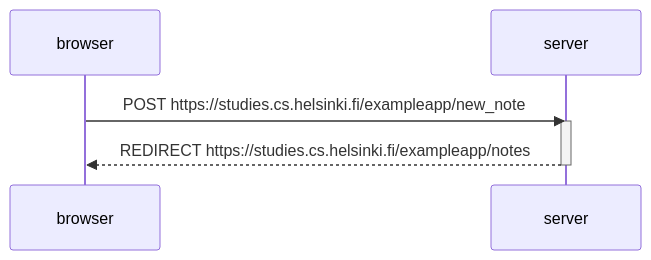
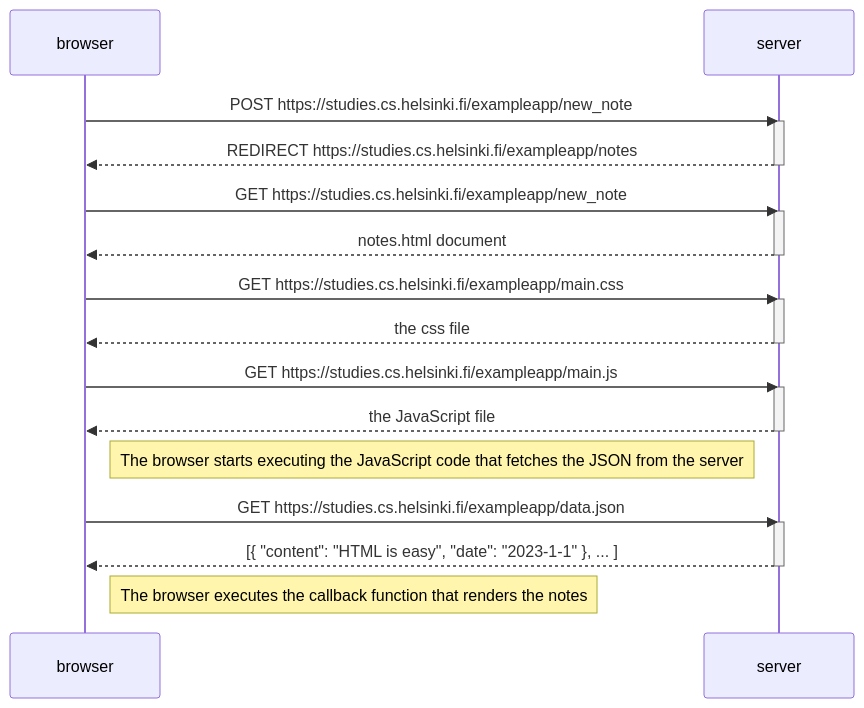
Before and after one commit to susannakinnunen/Full-Stack-Exercises: the diagram in part0/0.4.md, drawn with Mermaid.

````diff
--- a/part0/0.4.md
+++ b/part0/0.4.md
@@ -1,12 +1,37 @@
 ```mermaid
 
 sequenceDiagram 
 	participant browser
 	participant  server
 
 	browser->>server: POST https://studies.cs.helsinki.fi/exampleapp/new_note
 	activate server
    	server-->>browser: REDIRECT https://studies.cs.helsinki.fi/exampleapp/notes
-    deactivate server
+	deactivate server
+	
+	browser->>server: GET https://studies.cs.helsinki.fi/exampleapp/new_note
+	activate server
+   	server-->>browser: notes.html document
+	deactivate server
+	
+	browser->>server: GET https://studies.cs.helsinki.fi/exampleapp/main.css
+    	activate server
+    	server-->>browser: the css file
+    	deactivate server
+	
+    	browser->>server: GET https://studies.cs.helsinki.fi/exampleapp/main.js
+    	activate server
+    	server-->>browser: the JavaScript file
+    	deactivate server
+
+    	Note right of browser: The browser starts executing the JavaScript code that fetches the JSON from the 		server
+
+    	browser->>server: GET https://studies.cs.helsinki.fi/exampleapp/data.json
+    	activate server
+    	server-->>browser: [{ "content": "HTML is easy", "date": "2023-1-1" }, ... ]
+    	deactivate server    
+
+    	Note right of browser: The browser executes the callback function that renders the notes 
+
 	
 ```
````
